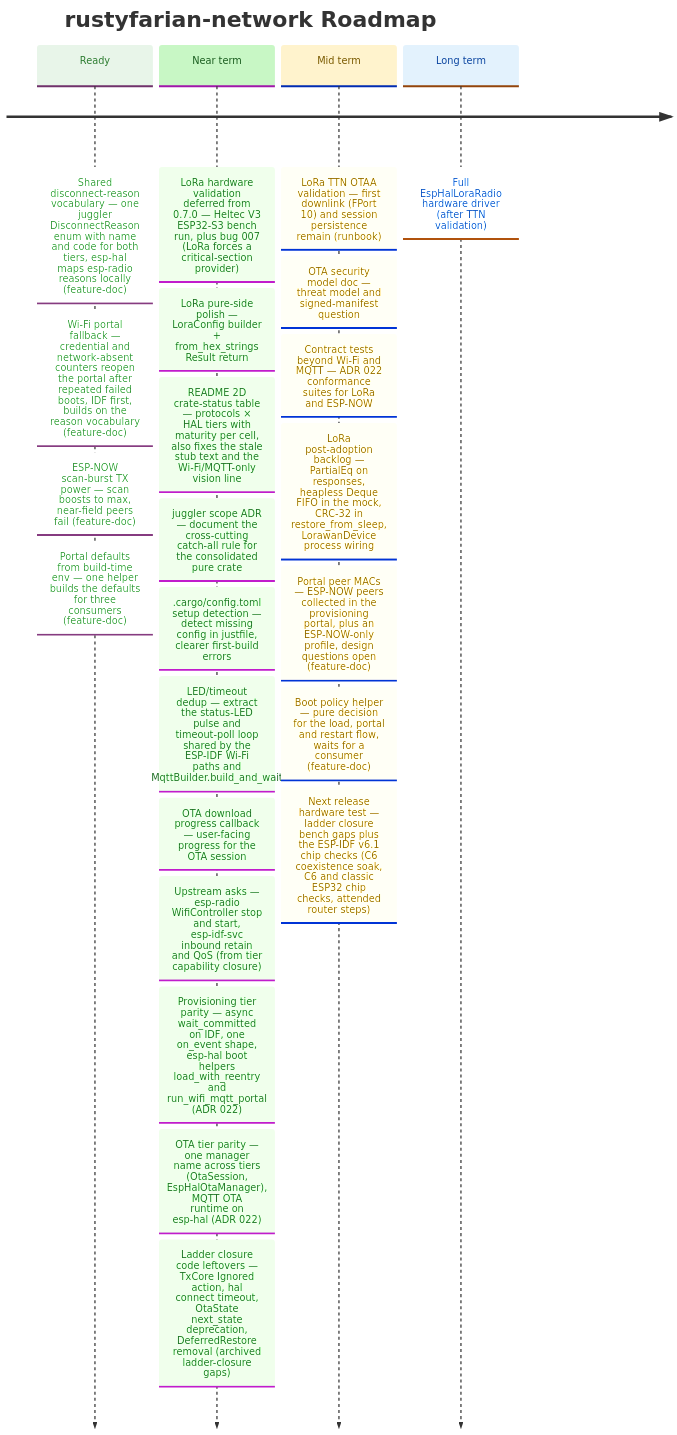
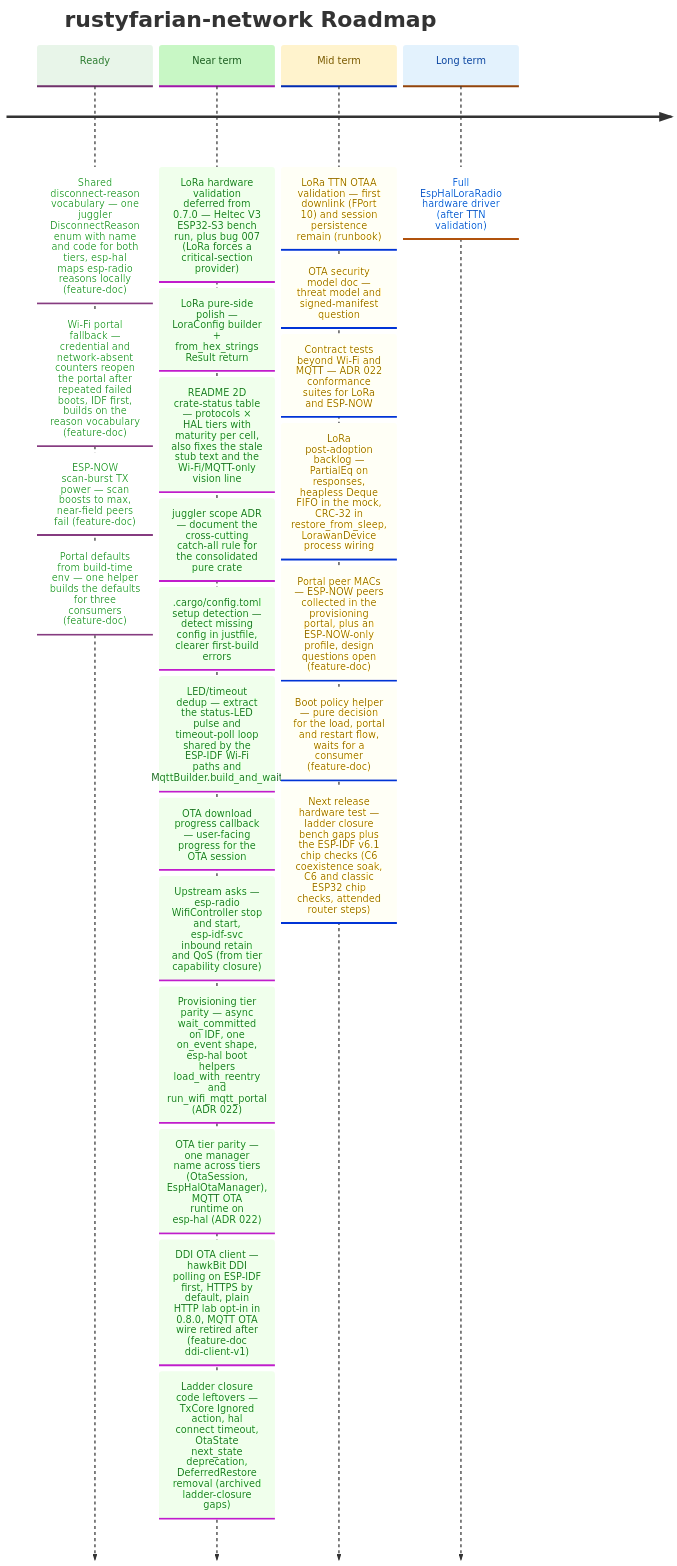
The diagram in docs/ROADMAP.md (datenkollektiv/rustyfarian-network), drawn with Mermaid before and after one commit. The commit also changed 1 other file, not shown here.

Commit message:
Agree on the DDI OTA client

````diff
--- a/docs/ROADMAP.md
+++ b/docs/ROADMAP.md
@@ -16,44 +16,45 @@
 ```mermaid
 %%{init: {
   "theme": "base",
   "themeVariables": {
     "cScale0": "#e8f5e9",
     "cScaleLabel0": "#2e7d32",
     "cScale1": "#c8f7c5",
     "cScaleLabel1": "#1b5e20",
     "cScale2": "#fff3cd",
     "cScaleLabel2": "#7a5a00",
     "cScale3": "#e3f2fd",
     "cScaleLabel3": "#0d47a1"
   }
 }}%%
 
 timeline
     title rustyfarian-network Roadmap
 
     Ready     : Shared disconnect-reason vocabulary — one juggler DisconnectReason enum with name and code for both tiers, esp-hal maps esp-radio reasons locally (feature-doc)
               : Wi-Fi portal fallback — credential and network-absent counters reopen the portal after repeated failed boots, IDF first, builds on the reason vocabulary (feature-doc)
               : ESP-NOW scan-burst TX power — scan boosts to max, near-field peers fail (feature-doc)
               : Portal defaults from build-time env — one helper builds the defaults for three consumers (feature-doc)
     Near term : LoRa hardware validation deferred from 0.7.0 — Heltec V3 ESP32-S3 bench run, plus bug 007 (LoRa forces a critical-section provider)
               : LoRa pure-side polish — LoraConfig builder + from_hex_strings Result return
               : README 2D crate-status table — protocols × HAL tiers with maturity per cell, also fixes the stale stub text and the Wi-Fi/MQTT-only vision line
               : juggler scope ADR — document the cross-cutting catch-all rule for the consolidated pure crate
               : .cargo/config.toml setup detection — detect missing config in justfile, clearer first-build errors
               : LED/timeout dedup — extract the status-LED pulse and timeout-poll loop shared by the ESP-IDF Wi-Fi paths and MqttBuilder.build_and_wait
               : OTA download progress callback — user-facing progress for the OTA session
               : Upstream asks — esp-radio WifiController stop and start, esp-idf-svc inbound retain and QoS (from tier capability closure)
               : Provisioning tier parity — async wait_committed on IDF, one on_event shape, esp-hal boot helpers load_with_reentry and run_wifi_mqtt_portal (ADR 022)
               : OTA tier parity — one manager name across tiers (OtaSession, EspHalOtaManager), MQTT OTA runtime on esp-hal (ADR 022)
+              : DDI OTA client — hawkBit DDI polling on ESP-IDF first, HTTPS by default, plain HTTP lab opt-in in 0.8.0, MQTT OTA wire retired after (feature-doc ddi-client-v1)
               : Ladder closure code leftovers — TxCore Ignored action, hal connect timeout, OtaState next_state deprecation, DeferredRestore removal (archived ladder-closure gaps)
 
     Mid term  : LoRa TTN OTAA validation — first downlink (FPort 10) and session persistence remain (runbook)
               : OTA security model doc — threat model and signed-manifest question
               : Contract tests beyond Wi-Fi and MQTT — ADR 022 conformance suites for LoRa and ESP-NOW
               : LoRa post-adoption backlog — PartialEq on responses, heapless Deque FIFO in the mock, CRC-32 in restore_from_sleep, LorawanDevice process wiring
               : Portal peer MACs — ESP-NOW peers collected in the provisioning portal, plus an ESP-NOW-only profile, design questions open (feature-doc)
               : Boot policy helper — pure decision for the load, portal and restart flow, waits for a consumer (feature-doc)
               : Next release hardware test — ladder closure bench gaps plus the ESP-IDF v6.1 chip checks (C6 coexistence soak, C6 and classic ESP32 chip checks, attended router steps)
 
     Long term : Full EspHalLoraRadio hardware driver (after TTN validation)
 ```
````
